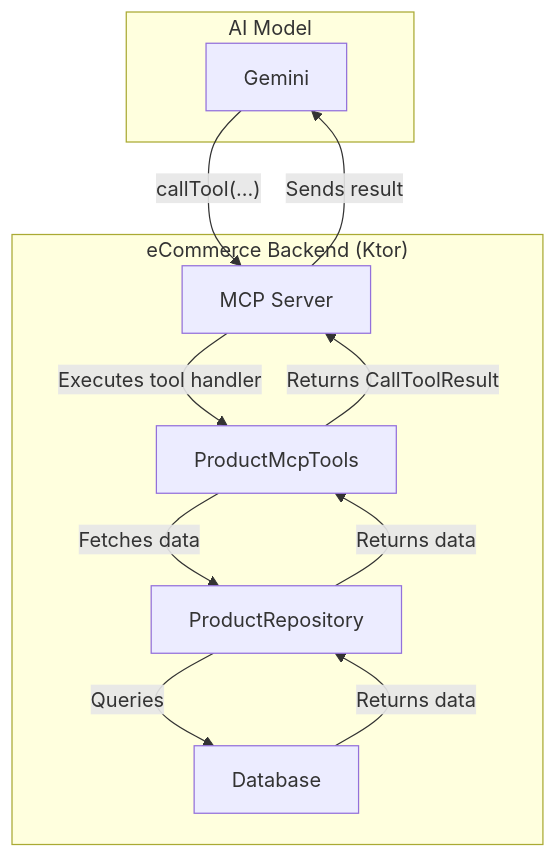
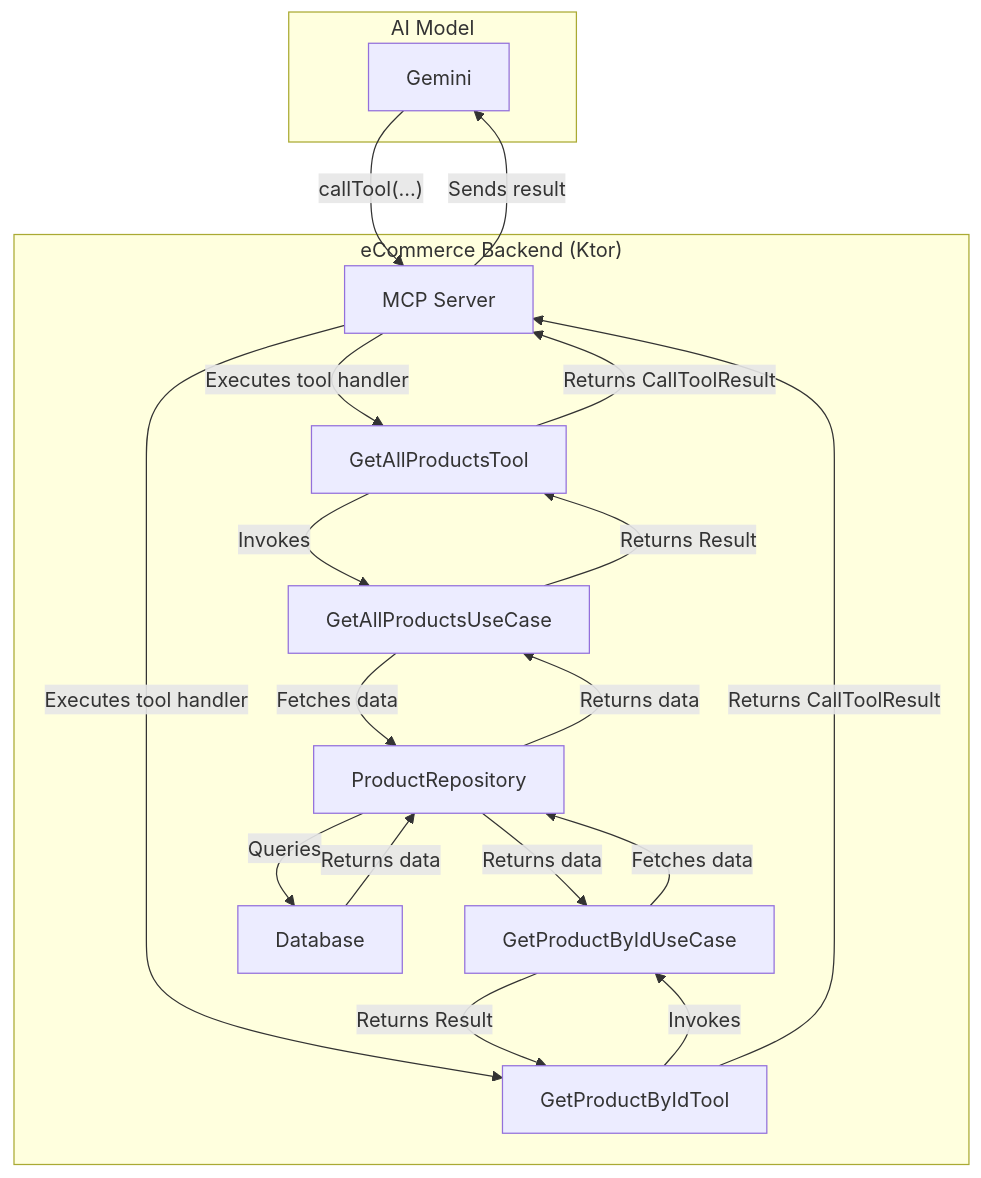
Before and after one commit to aoriani/ecomm-compose-multiplatform: the first of 3 diagrams in server/MCP.md, drawn with Mermaid. The commit also changed other lines of this file and 2 other files, not shown here.

First line of the commit message:
refactor: Update documentation and restructure MCP and project layout

````diff
--- a/server/MCP.md
+++ b/server/MCP.md
@@ -13,22 +13,33 @@
 ```mermaid
 graph TD
     subgraph "AI Model"
         A[Gemini]
     end
 
     subgraph "eCommerce Backend (Ktor)"
         B[MCP Server]
-        C[ProductMcpTools]
-        D[ProductRepository]
-        E[Database]
+        C1[GetAllProductsTool]
+        C2[GetProductByIdTool]
+        D1[GetAllProductsUseCase]
+        D2[GetProductByIdUseCase]
+        E[ProductRepository]
+        F[Database]
     end
 
     A -- "callTool(...)" --> B
-    B -- "Executes tool handler" --> C
-    C -- "Fetches data" --> D
-    D -- "Queries" --> E
-    E -- "Returns data" --> D
-    D -- "Returns data" --> C
-    C -- "Returns CallToolResult" --> B
+    B -- "Executes tool handler" --> C1
+    B -- "Executes tool handler" --> C2
+    C1 -- "Invokes" --> D1
+    C2 -- "Invokes" --> D2
+    D1 -- "Fetches data" --> E
+    D2 -- "Fetches data" --> E
+    E -- "Queries" --> F
+    F -- "Returns data" --> E
+    E -- "Returns data" --> D1
+    E -- "Returns data" --> D2
+    D1 -- "Returns Result" --> C1
+    D2 -- "Returns Result" --> C2
+    C1 -- "Returns CallToolResult" --> B
+    C2 -- "Returns CallToolResult" --> B
     B -- "Sends result" --> A
 ```
````
